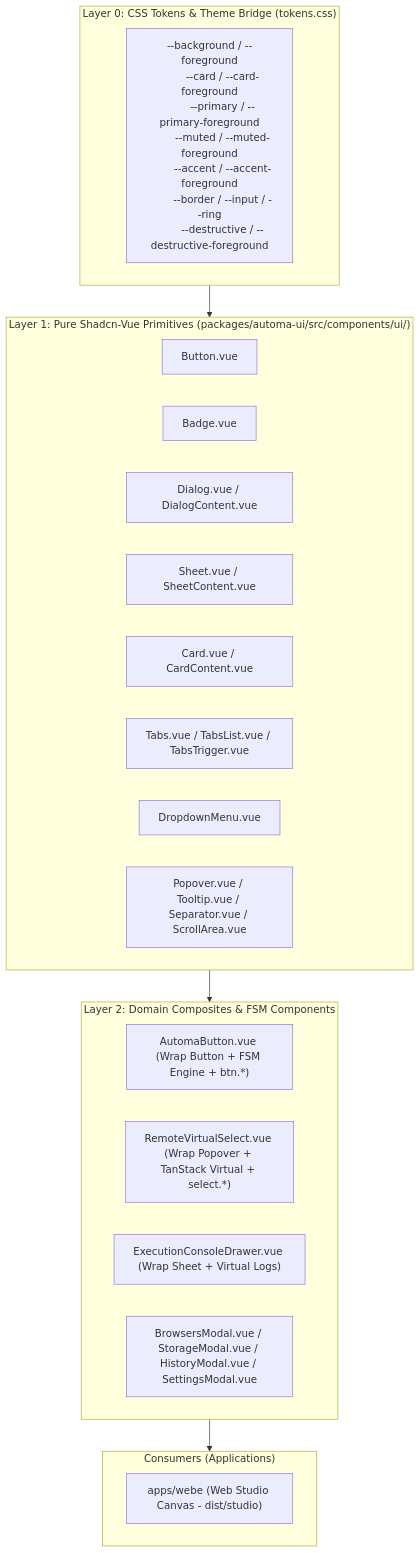
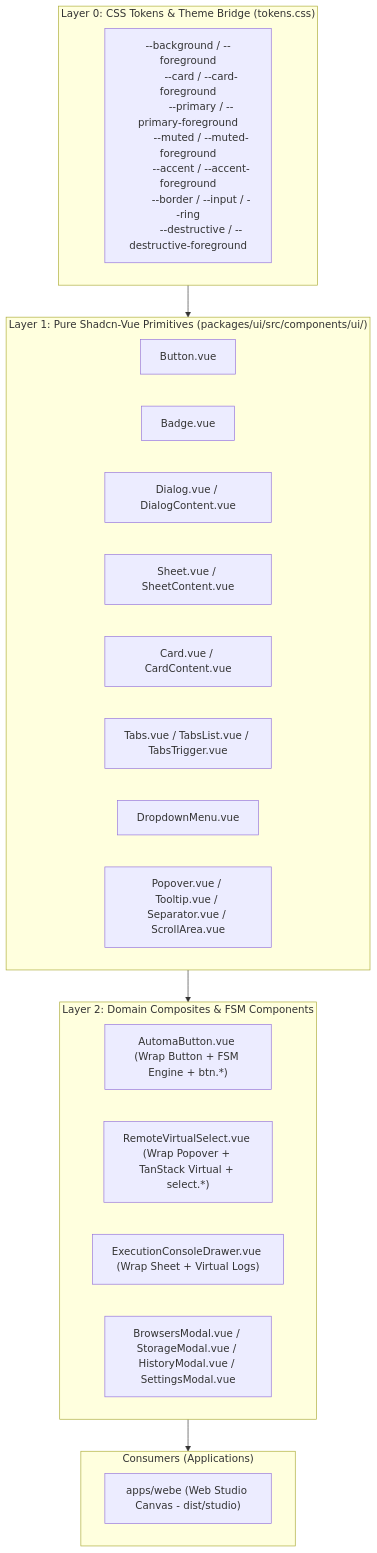
The diagram in skills/automa-shadcn/SKILL.md (tuquet/automa), drawn with Mermaid before and after one commit. The commit also changed other lines of this file and 110 other files, not shown here.

Commit message:
refactor(packages): rename automa-types and automa-ui directories to types and ui

````diff
--- a/skills/automa-shadcn/SKILL.md
+++ b/skills/automa-shadcn/SKILL.md
@@ -16,36 +16,36 @@
 ```mermaid
 flowchart TD
     subgraph Layer0 ["Layer 0: CSS Tokens & Theme Bridge (tokens.css)"]
         Tokens["--background / --foreground
         --card / --card-foreground
         --primary / --primary-foreground
         --muted / --muted-foreground
         --accent / --accent-foreground
         --border / --input / --ring
         --destructive / --destructive-foreground"]
     end
 
-    subgraph Layer1 ["Layer 1: Pure Shadcn-Vue Primitives (packages/automa-ui/src/components/ui/)"]
+    subgraph Layer1 ["Layer 1: Pure Shadcn-Vue Primitives (packages/ui/src/components/ui/)"]
         Button["Button.vue"]
         Badge["Badge.vue"]
         Dialog["Dialog.vue / DialogContent.vue"]
         Sheet["Sheet.vue / SheetContent.vue"]
         Card["Card.vue / CardContent.vue"]
         Tabs["Tabs.vue / TabsList.vue / TabsTrigger.vue"]
         Dropdown["DropdownMenu.vue"]
         Popover["Popover.vue / Tooltip.vue / Separator.vue / ScrollArea.vue"]
     end
 
     subgraph Layer2 ["Layer 2: Domain Composites & FSM Components"]
         AutomaBtn["AutomaButton.vue (Wrap Button + FSM Engine + btn.*)"]
         RemoteSelect["RemoteVirtualSelect.vue (Wrap Popover + TanStack Virtual + select.*)"]
         ConsoleDrawer["ExecutionConsoleDrawer.vue (Wrap Sheet + Virtual Logs)"]
         DomainModals["BrowsersModal.vue / StorageModal.vue / HistoryModal.vue / SettingsModal.vue"]
     end
 
     subgraph Consumers ["Consumers (Applications)"]
         WebE["apps/webe (Web Studio Canvas - dist/studio)"]
     end
 
     Layer0 --> Layer1 --> Layer2 --> Consumers
 ```
````
